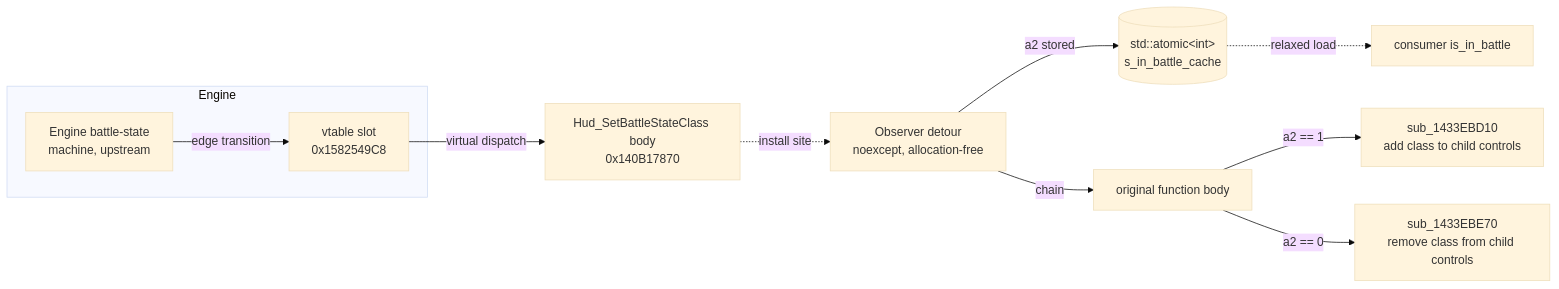
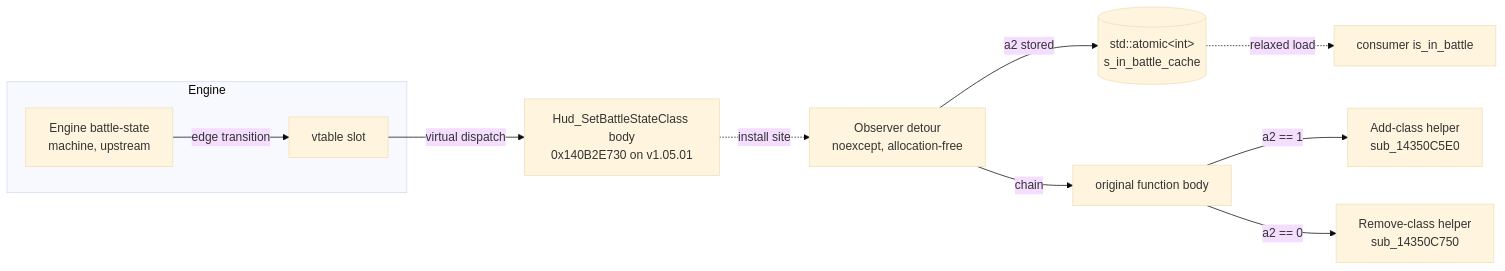
One commit to tkhquang/CrimsonDesertTools changed the first of 2 diagrams in docs/research/combat-state-research.md. Above: the diagram before and after it, drawn with Mermaid (base theme). The commit also changed other lines of this file and 34 other files, not shown here.

Commit message:
feat(live-transmog): add body-mesh prefab picker and expand slot coverage (#51)

````diff
--- a/docs/research/combat-state-research.md
+++ b/docs/research/combat-state-research.md
@@ -26,14 +26,14 @@
 ```mermaid
 flowchart LR
     subgraph Engine
         BSM[Engine battle-state<br/>machine, upstream]
-        BSM -->|edge transition| VT[vtable slot<br/>0x1582549C8]
+        BSM -->|edge transition| VT[vtable slot]
     end
-    VT -->|virtual dispatch| FN[Hud_SetBattleStateClass body<br/>0x140B17870]
+    VT -->|virtual dispatch| FN[Hud_SetBattleStateClass body<br/>0x140B2E730 on v1.05.01]
     FN -.install site.-> DET[Observer detour<br/>noexcept, allocation-free]
     DET -->|a2 stored| ATOM[(std::atomic&lt;int&gt;<br/>s_in_battle_cache)]
     DET -->|chain| ORIG[original function body]
-    ORIG -->|a2 == 1| ADD[sub_1433EBD10<br/>add class to child controls]
-    ORIG -->|a2 == 0| REM[sub_1433EBE70<br/>remove class from child controls]
+    ORIG -->|a2 == 1| ADD[Add-class helper<br/>sub_14350C5E0]
+    ORIG -->|a2 == 0| REM[Remove-class helper<br/>sub_14350C750]
     ATOM -.relaxed load.-> CONS[consumer is_in_battle]
 ```
````
